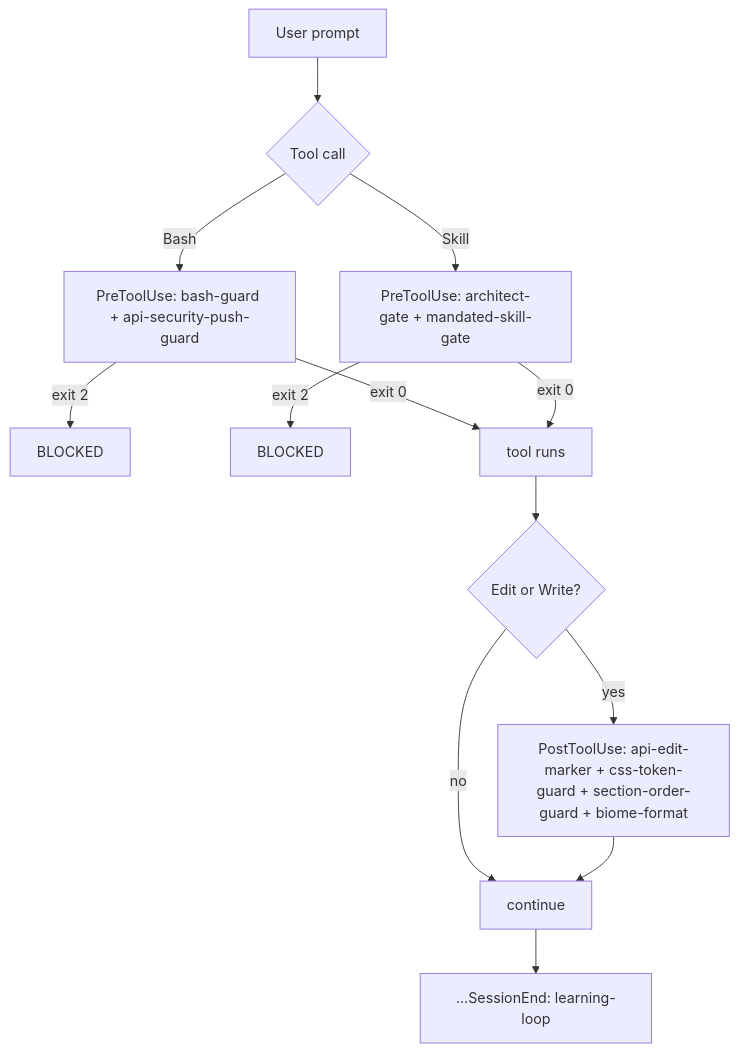
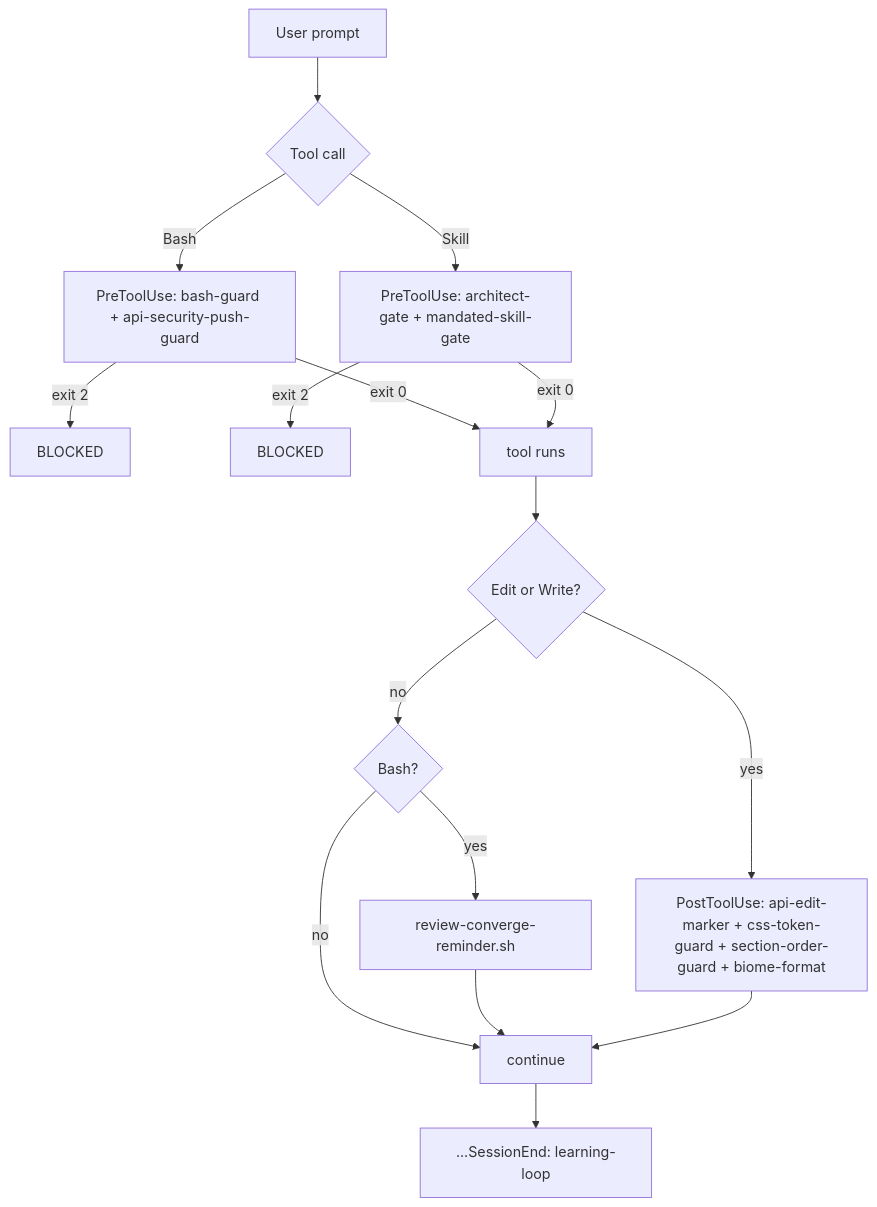
Before and after one commit to erikunha/portfolio: the first of 3 diagrams in docs/handbook/agents-skills-hooks-mcp.md, drawn with Mermaid. The commit also changed other lines of this file and 15 other files, not shown here.

````diff
--- a/docs/handbook/agents-skills-hooks-mcp.md
+++ b/docs/handbook/agents-skills-hooks-mcp.md
@@ -47,15 +48,18 @@
 ```mermaid
 flowchart TD
     prompt["User prompt"] --> tooluse{Tool call}
     tooluse -->|Bash| pre1["PreToolUse: bash-guard + api-security-push-guard"]
     tooluse -->|Skill| pre2["PreToolUse: architect-gate + mandated-skill-gate"]
     pre1 -->|exit 2| blocked1["BLOCKED"]
     pre2 -->|exit 2| blocked2["BLOCKED"]
     pre1 -->|exit 0| run["tool runs"]
     pre2 -->|exit 0| run
     run --> post{Edit or Write?}
     post -->|yes| post1["PostToolUse: api-edit-marker + css-token-guard + section-order-guard + biome-format"]
-    post -->|no| done["continue"]
+    post -->|no| bashq{Bash?}
+    bashq -->|yes| converge[review-converge-reminder.sh]
+    bashq -->|no| done
+    converge --> done["continue"]
     post1 --> done
     done --> sessionend["...SessionEnd: learning-loop"]
 ```
````
